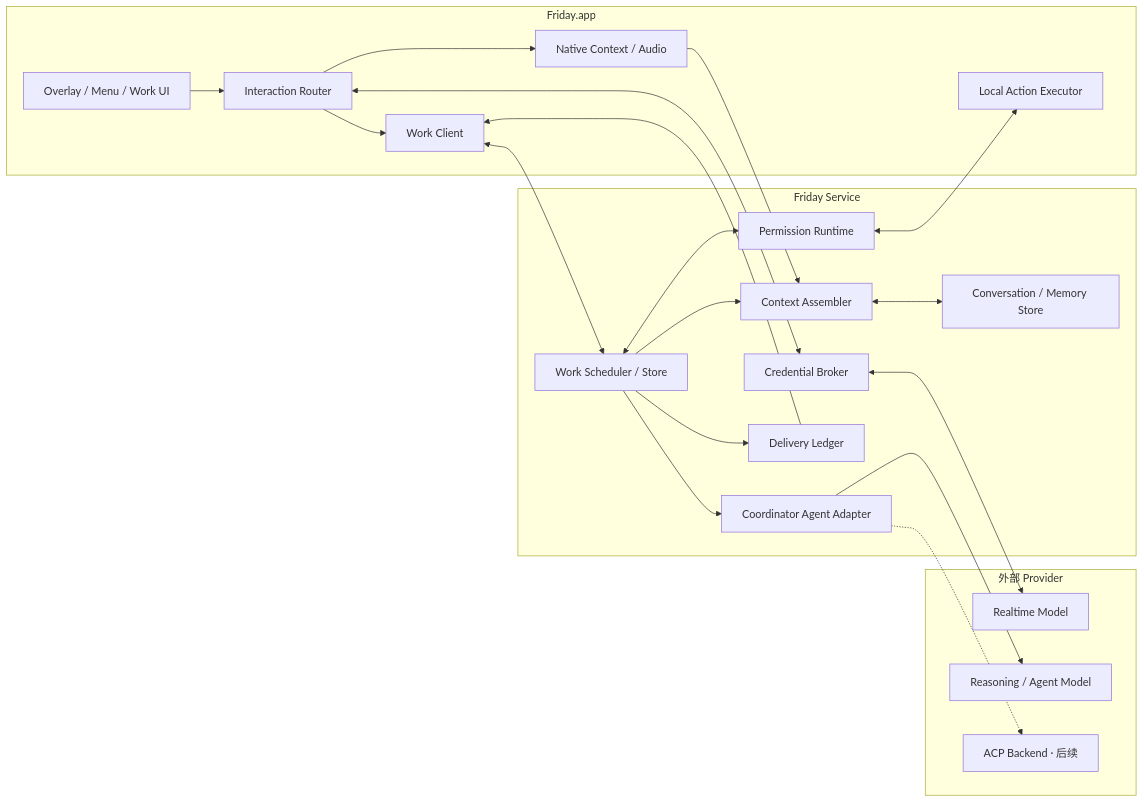
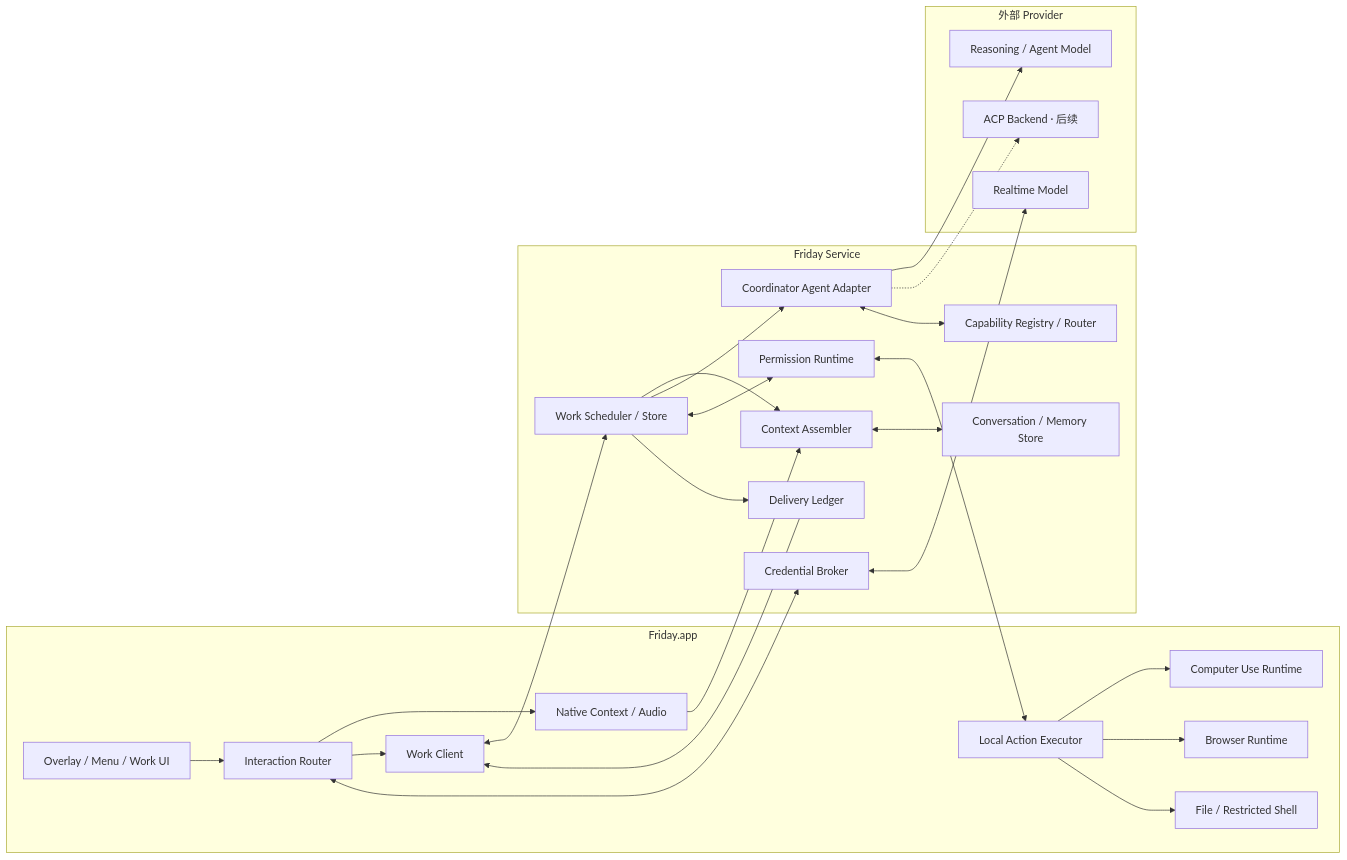
Before and after one commit to jason2kkk/Friday: the first of 6 diagrams in docs/技术架构.md, drawn with Mermaid. The commit also changed other lines of this file and 127 other files, not shown here.

````diff
--- a/docs/技术架构.md
+++ b/docs/技术架构.md
@@ -102,43 +105,51 @@
 ```mermaid
 flowchart LR
     subgraph App["Friday.app"]
         UI["Overlay / Menu / Work UI"]
         Router["Interaction Router"]
         Native["Native Context / Audio"]
         Executor["Local Action Executor"]
+        Desktop["Computer Use Runtime"]
+        Browser["Browser Runtime"]
+        LocalTools["File / Restricted Shell"]
         WorkClient["Work Client"]
     end
 
     subgraph Service["Friday Service"]
         Credential["Credential Broker"]
         Context["Context Assembler"]
         ConversationStore["Conversation / Memory Store"]
         WorkRuntime["Work Scheduler / Store"]
         Permission["Permission Runtime"]
         Delivery["Delivery Ledger"]
         Adapter["Coordinator Agent Adapter"]
+        Registry["Capability Registry / Router"]
     end
 
     subgraph External["外部 Provider"]
         Realtime["Realtime Model"]
         Reasoning["Reasoning / Agent Model"]
         ACP["ACP Backend · 后续"]
     end
 
     UI --> Router
     Router --> Native
     Router --> WorkClient
     WorkClient <--> WorkRuntime
     Native --> Context
     Context <--> ConversationStore
     WorkRuntime --> Context
     WorkRuntime --> Adapter
     Adapter --> Reasoning
     Adapter -.-> ACP
+    Adapter <--> Registry
     WorkRuntime <--> Permission
     Permission <--> Executor
+    Executor --> Desktop
+    Executor --> Browser
+    Executor --> LocalTools
     WorkRuntime --> Delivery
     Delivery --> WorkClient
     Credential <--> Realtime
     Router <--> Credential
 ```
````
